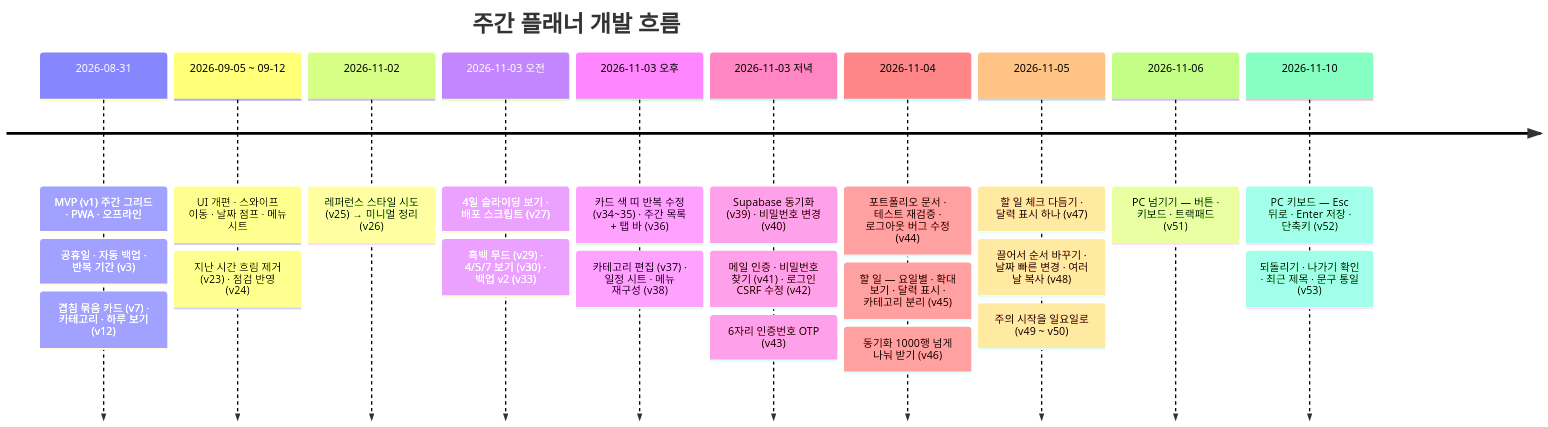
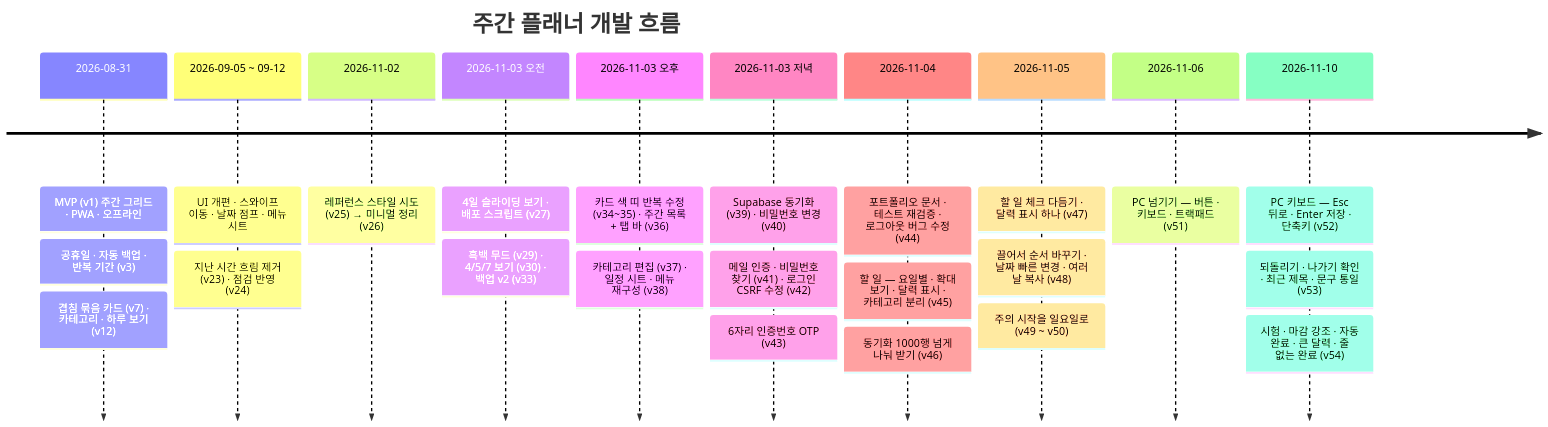
One commit to jmg0929/weekly-planner changed the second of 2 diagrams in docs/README.md. Above: the diagram before and after it, drawn with Mermaid. The commit also changed other lines of this file and 11 other files, not shown here.

````diff
--- a/docs/README.md
+++ b/docs/README.md
@@ -123,26 +123,27 @@
 ```mermaid
 timeline
   title 주간 플래너 개발 흐름
   2026-08-31 : MVP (v1) 주간 그리드 · PWA · 오프라인
              : 공휴일 · 자동 백업 · 반복 기간 (v3)
              : 겹침 묶음 카드 (v7) · 카테고리 · 하루 보기 (v12)
   2026-09-05 ~ 09-12 : UI 개편 · 스와이프 이동 · 날짜 점프 · 메뉴 시트
                      : 지난 시간 흐림 제거 (v23) · 점검 반영 (v24)
   2026-11-02 : 레퍼런스 스타일 시도 (v25) → 미니멀 정리 (v26)
   2026-11-03 오전 : 4일 슬라이딩 보기 · 배포 스크립트 (v27)
                  : 흑백 무드 (v29) · 4/5/7 보기 (v30) · 백업 v2 (v33)
   2026-11-03 오후 : 카드 색 띠 반복 수정 (v34~35) · 주간 목록 + 탭 바 (v36)
                  : 카테고리 편집 (v37) · 일정 시트 · 메뉴 재구성 (v38)
   2026-11-03 저녁 : Supabase 동기화 (v39) · 비밀번호 변경 (v40)
                  : 메일 인증 · 비밀번호 찾기 (v41) · 로그인 CSRF 수정 (v42)
                  : 6자리 인증번호 OTP (v43)
   2026-11-04 : 포트폴리오 문서 · 테스트 재검증 · 로그아웃 버그 수정 (v44)
              : 할 일 — 요일별 · 확대 보기 · 달력 표시 · 카테고리 분리 (v45)
              : 동기화 1000행 넘게 나눠 받기 (v46)
   2026-11-05 : 할 일 체크 다듬기 · 달력 표시 하나 (v47)
              : 끌어서 순서 바꾸기 · 날짜 빠른 변경 · 여러 날 복사 (v48)
              : 주의 시작을 일요일로 (v49 ~ v50)
   2026-11-06 : PC 넘기기 — 버튼 · 키보드 · 트랙패드 (v51)
   2026-11-10 : PC 키보드 — Esc 뒤로 · Enter 저장 · 단축키 (v52)
              : 되돌리기 · 나가기 확인 · 최근 제목 · 문구 통일 (v53)
+             : 시험 · 마감 강조 · 자동 완료 · 큰 달력 · 줄 없는 완료 (v54)
 ```
````
